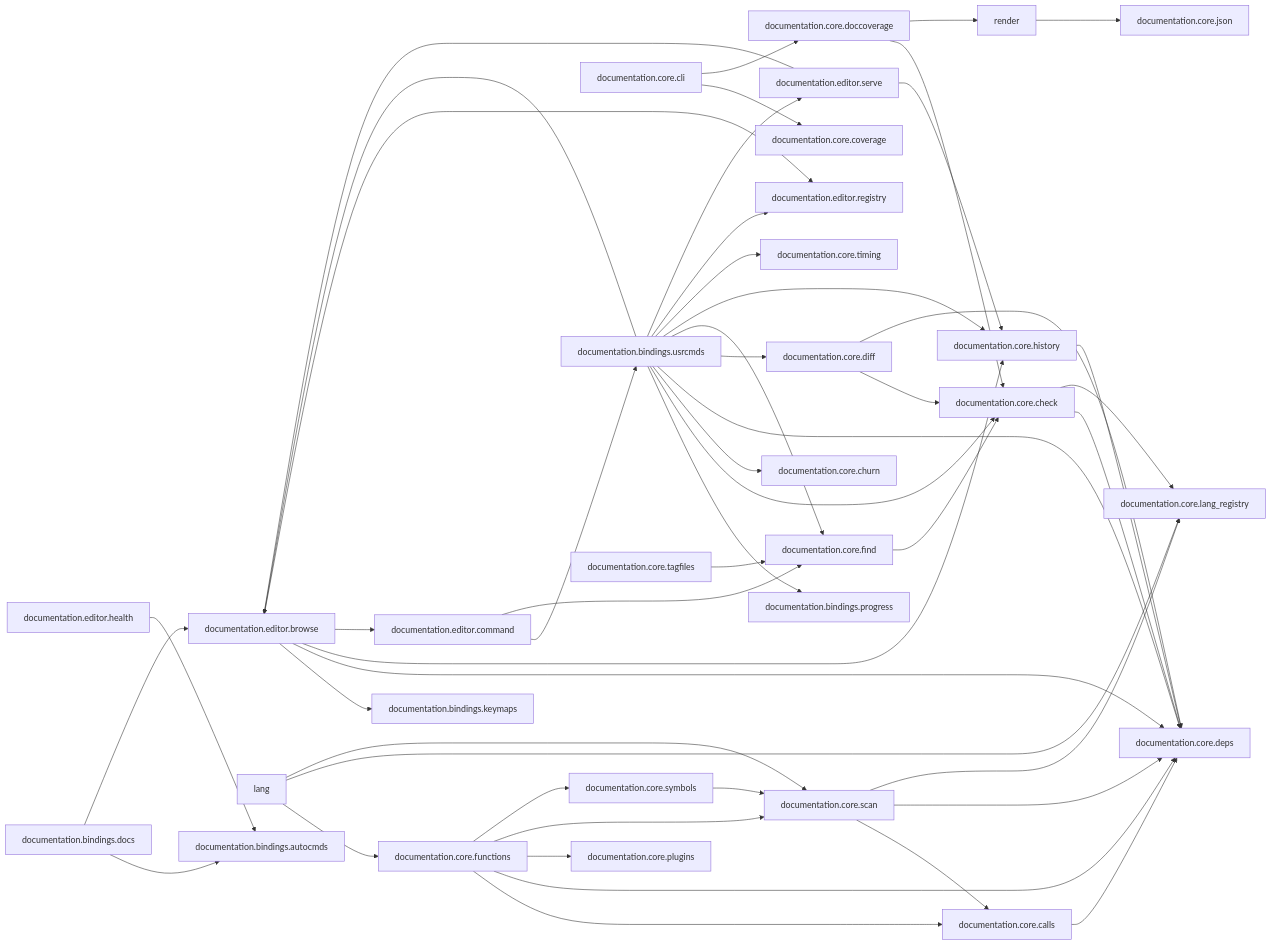
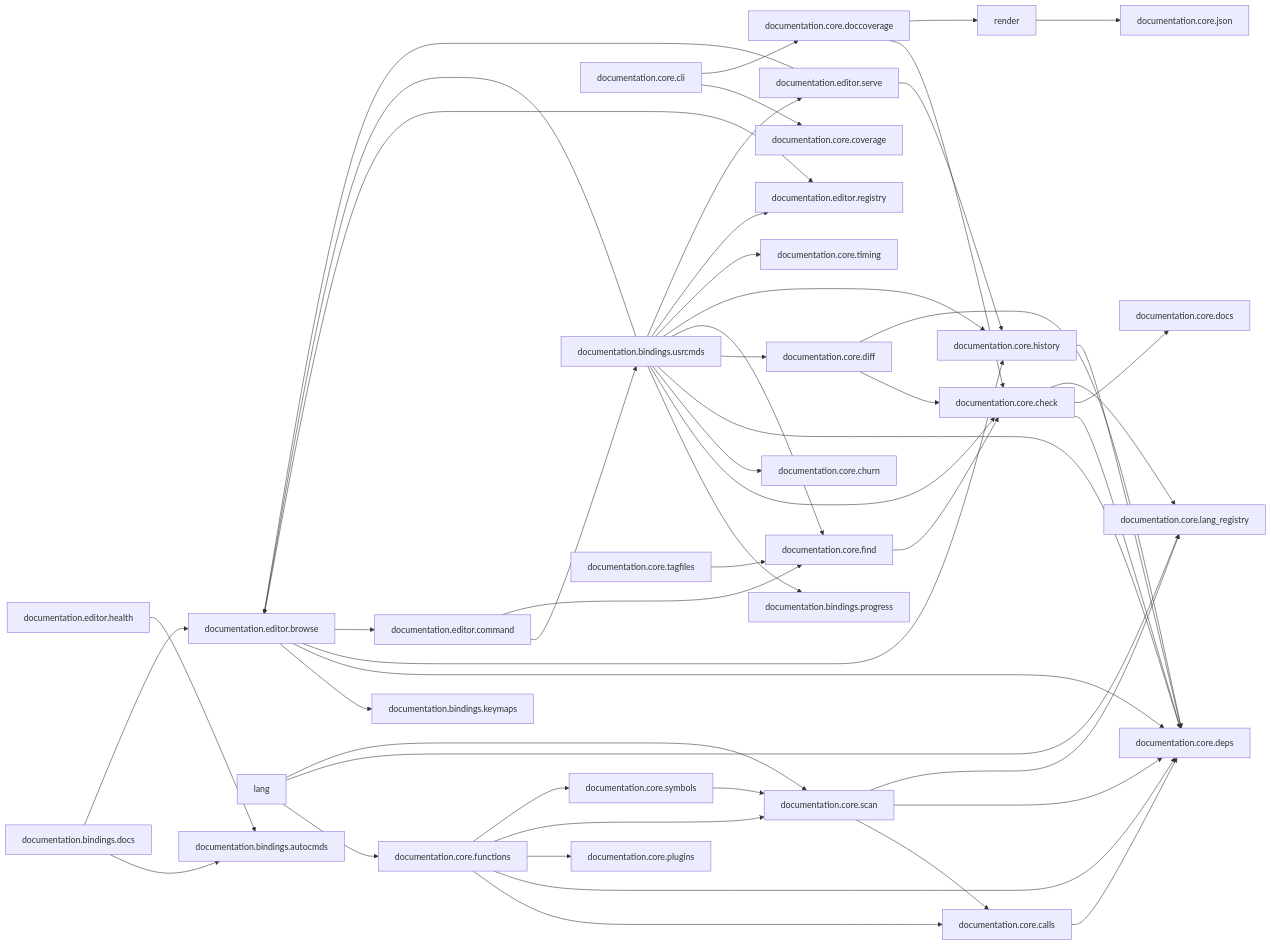
The second of 2 diagrams in docs/map/overview.md (StefanBartl/documentation.nvim), drawn with Mermaid before and after one commit. The commit also changed other lines of this file and 12 other files, not shown here.

```diff
--- a/docs/map/overview.md
+++ b/docs/map/overview.md
@@ -54,6 +54,7 @@
   nlua_documentation_core_deps_lua["documentation.core.deps"]
   nlua_documentation_core_diff_lua["documentation.core.diff"]
   nlua_documentation_core_doccoverage_lua["documentation.core.doccoverage"]
+  nlua_documentation_core_docs_lua["documentation.core.docs"]
   nlua_documentation_core_find_lua["documentation.core.find"]
   nlua_documentation_core_functions_lua["documentation.core.functions"]
   nlua_documentation_core_history_lua["documentation.core.history"]
@@ -86,6 +87,7 @@
   nlua_documentation_bindings_usrcmds --> nlua_documentation_editor_serve_lua
   nlua_documentation_core_calls_lua --> nlua_documentation_core_deps_lua
   nlua_documentation_core_check_lua --> nlua_documentation_core_deps_lua
+  nlua_documentation_core_check_lua --> nlua_documentation_core_docs_lua
   nlua_documentation_core_check_lua --> nlua_documentation_core_lang_registry_lua
   nlua_documentation_core_cli_lua --> nlua_documentation_core_coverage_lua
   nlua_documentation_core_cli_lua --> nlua_documentation_core_doccoverage_lua
```
